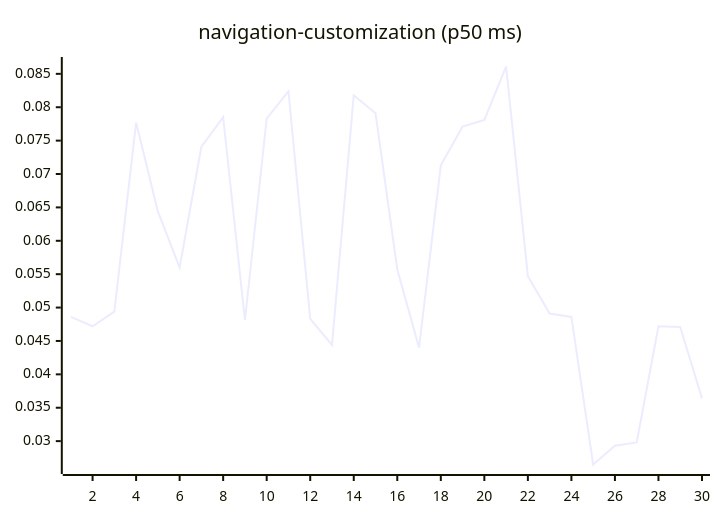
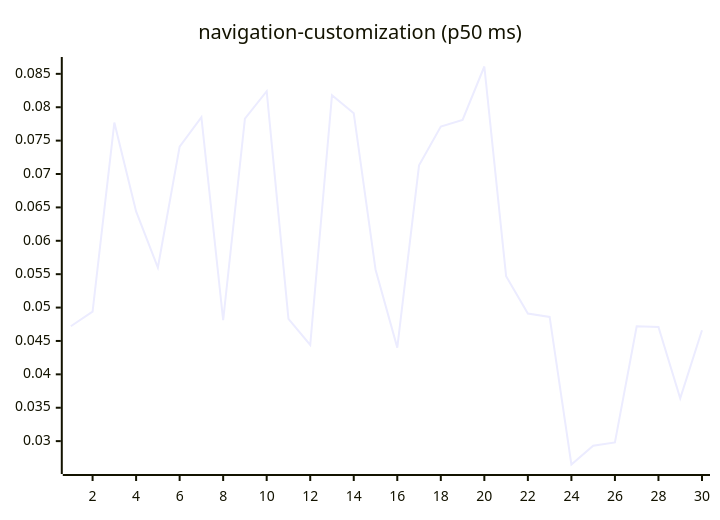
One commit to josha/Facet changed diagram 15 of 27 in README.md. Above: the diagram before and after it, drawn with Mermaid. The commit also changed other lines of this file and 2 other files, not shown here.

````diff
--- a/README.md
+++ b/README.md
@@ -161,6 +161,6 @@
 ```mermaid
 xychart-beta
     title "navigation-customization (p50 ms)"
     x-axis 1 --> 30
-    line [0.0486, 0.0472, 0.0494, 0.0777, 0.0644, 0.0560, 0.0741, 0.0785, 0.0481, 0.0783, 0.0824, 0.0483, 0.0444, 0.0818, 0.0791, 0.0557, 0.0440, 0.0713, 0.0771, 0.0781, 0.0861, 0.0547, 0.0491, 0.0486, 0.0265, 0.0293, 0.0298, 0.0472, 0.0471, 0.0364]
+    line [0.0472, 0.0494, 0.0777, 0.0644, 0.0560, 0.0741, 0.0785, 0.0481, 0.0783, 0.0824, 0.0483, 0.0444, 0.0818, 0.0791, 0.0557, 0.0440, 0.0713, 0.0771, 0.0781, 0.0861, 0.0547, 0.0491, 0.0486, 0.0265, 0.0293, 0.0298, 0.0472, 0.0471, 0.0364, 0.0466]
 ```
````
